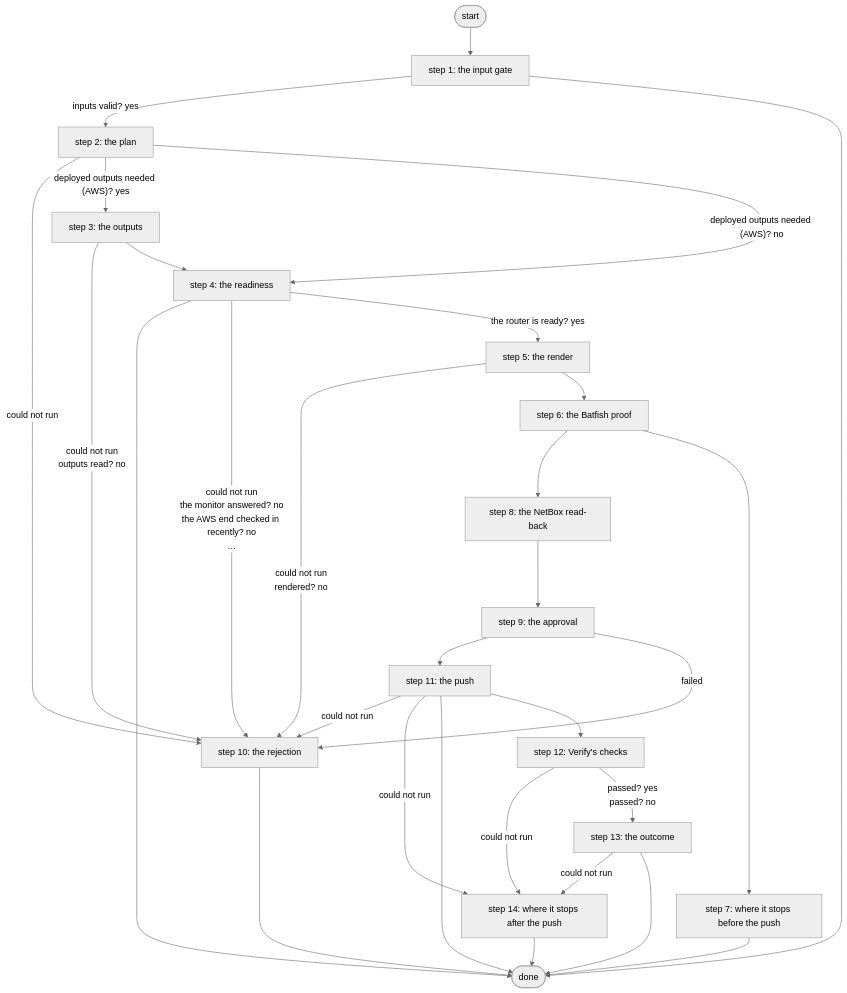
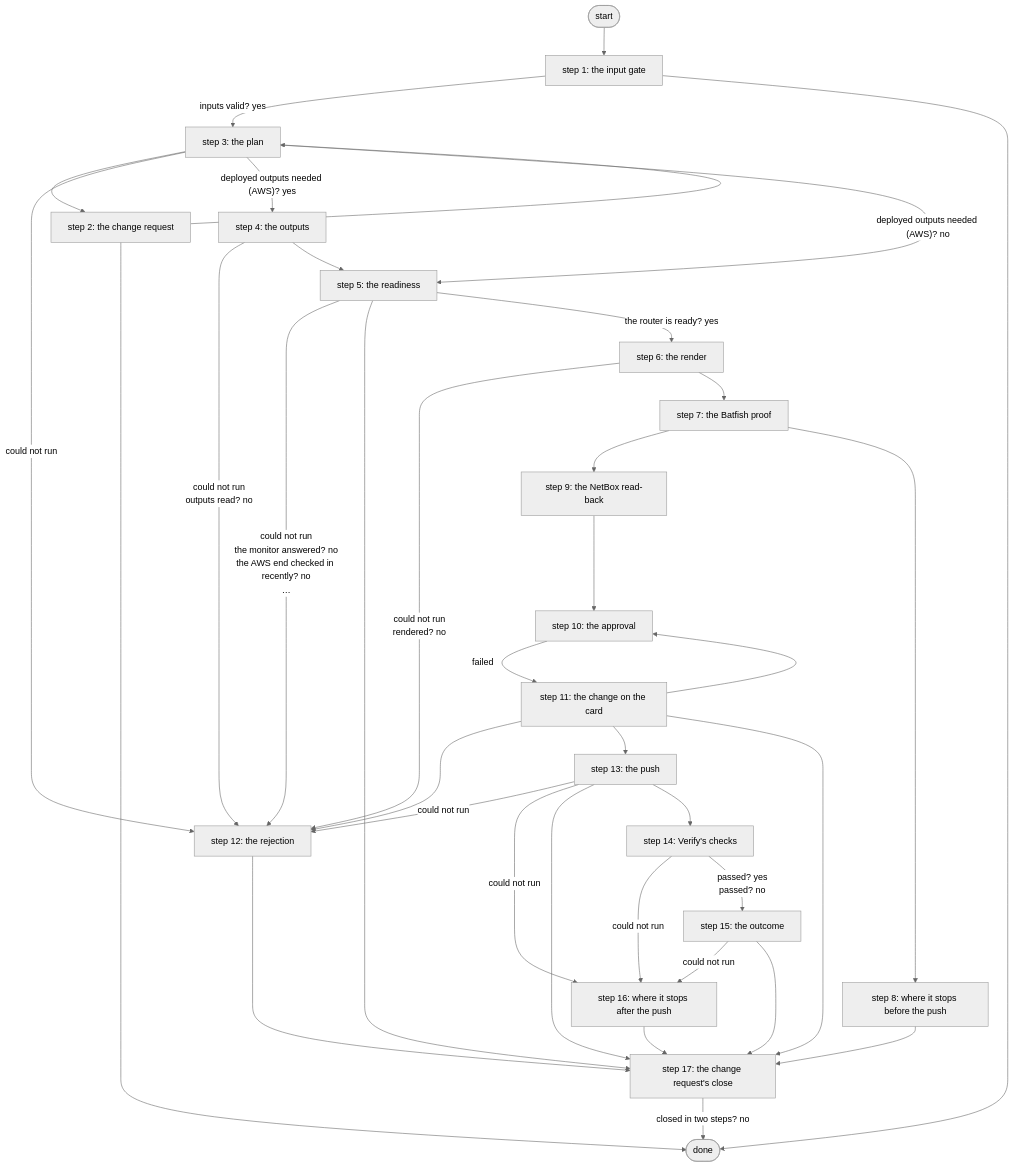
The diagram in docs/workflows/hand-off-aws-vpn.md (E-Conners-Lab/itential-enterprise-lab), drawn with Mermaid (neutral theme) before and after one commit. The commit also changed other lines of this file and 20 other files, not shown here.

````diff
--- a/docs/workflows/hand-off-aws-vpn.md
+++ b/docs/workflows/hand-off-aws-vpn.md
@@ -61,48 +62,58 @@
 ```mermaid
 flowchart TD
   S([start])
   E([done])
   s1["step 1: the input gate"]
-  s2["step 2: the plan"]
-  s3["step 3: the outputs"]
-  s4["step 4: the readiness"]
-  s5["step 5: the render"]
-  s6["step 6: the Batfish proof"]
-  s7["step 7: where it stops before the push"]
-  s8["step 8: the NetBox read-back"]
-  s9["step 9: the approval"]
-  s10["step 10: the rejection"]
-  s11["step 11: the push"]
-  s12["step 12: Verify's checks"]
-  s13["step 13: the outcome"]
-  s14["step 14: where it stops after the push"]
-  s8 --> s9
+  s2["step 2: the change request"]
+  s3["step 3: the plan"]
+  s4["step 4: the outputs"]
+  s5["step 5: the readiness"]
+  s6["step 6: the render"]
+  s7["step 7: the Batfish proof"]
+  s8["step 8: where it stops before the push"]
+  s9["step 9: the NetBox read-back"]
+  s10["step 10: the approval"]
+  s11["step 11: the change on the card"]
+  s12["step 12: the rejection"]
+  s13["step 13: the push"]
+  s14["step 14: Verify's checks"]
+  s15["step 15: the outcome"]
+  s16["step 16: where it stops after the push"]
+  s17["step 17: the change request's close"]
+  s9 --> s10
   S --> s1
-  s2 -- "could not run" --> s10
-  s2 -- "deployed outputs needed (AWS)? yes" --> s3
-  s2 -- "deployed outputs needed (AWS)? no" --> s4
-  s3 -- "could not run<br/>outputs read? no" --> s10
-  s3 --> s4
-  s4 --> E
-  s4 -- "could not run<br/>the monitor answered? no<br/>the AWS end checked in recently? no<br/>…" --> s10
-  s4 -- "the router is ready? yes" --> s5
-  s5 -- "could not run<br/>rendered? no" --> s10
-  s5 --> s6
-  s6 --> s8
+  s3 --> s2
+  s3 -- "could not run" --> s12
+  s3 -- "deployed outputs needed (AWS)? yes" --> s4
+  s3 -- "deployed outputs needed (AWS)? no" --> s5
+  s4 -- "could not run<br/>outputs read? no" --> s12
+  s4 --> s5
+  s5 -- "could not run<br/>the monitor answered? no<br/>the AWS end checked in recently? no<br/>…" --> s12
+  s5 --> s17
+  s5 -- "the router is ready? yes" --> s6
+  s6 -- "could not run<br/>rendered? no" --> s12
   s6 --> s7
-  s7 --> E
-  s9 --> s11
-  s9 -- "failed" --> s10
-  s10 --> E
-  s11 -- "could not run" --> s10
-  s11 -- "could not run" --> s14
-  s11 --> E
+  s7 --> s9
+  s7 --> s8
+  s8 --> s17
+  s10 -- "failed" --> s11
+  s12 --> s17
+  s13 -- "could not run" --> s12
+  s13 -- "could not run" --> s16
+  s13 --> s17
+  s13 --> s14
+  s14 -- "could not run" --> s16
+  s14 -- "passed? yes<br/>passed? no" --> s15
+  s15 -- "could not run" --> s16
+  s15 --> s17
+  s16 --> s17
+  s2 --> s3
+  s2 --> E
+  s11 --> s10
   s11 --> s12
-  s12 -- "could not run" --> s14
-  s12 -- "passed? yes<br/>passed? no" --> s13
-  s13 -- "could not run" --> s14
-  s13 --> E
-  s14 --> E
-  s1 -- "inputs valid? yes" --> s2
+  s11 --> s13
+  s11 --> s17
+  s17 -- "closed in two steps? no" --> E
+  s1 -- "inputs valid? yes" --> s3
   s1 --> E
 ```
````
